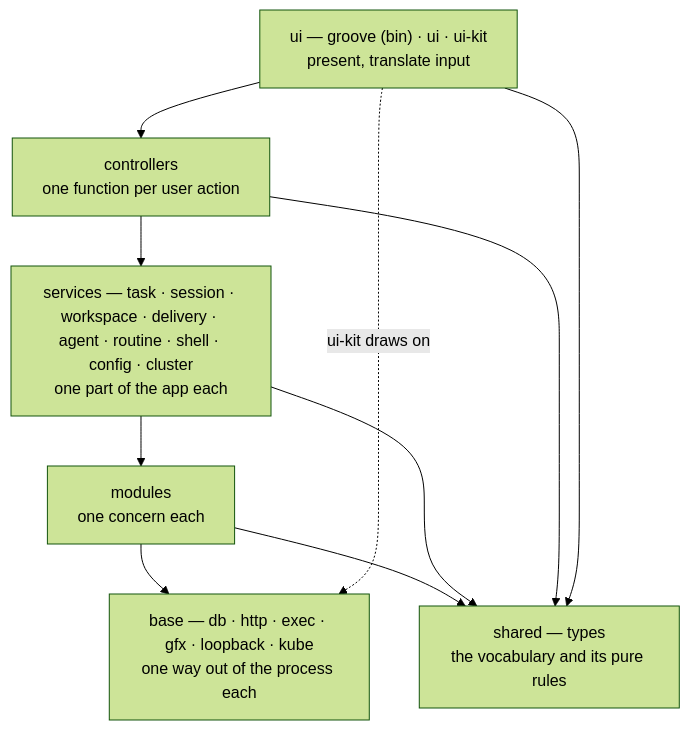
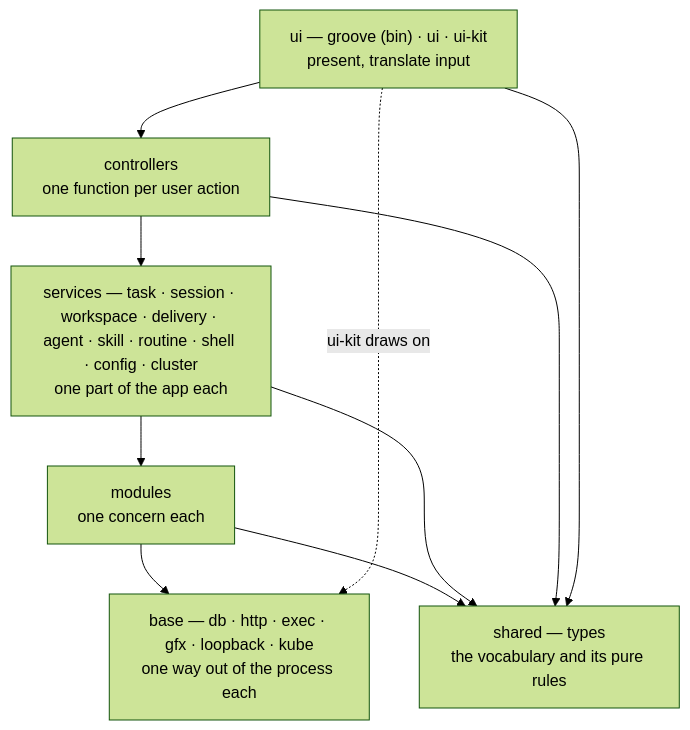
The first of 2 diagrams in docs/architecture.md (haoov/groove), drawn with Mermaid (forest theme) before and after one commit. The commit also changed 29 other files, not shown here.

````diff
--- a/docs/architecture.md
+++ b/docs/architecture.md
@@ -9,15 +9,15 @@
 ```mermaid
 flowchart TD
     ui["ui — groove (bin) · ui · ui-kit<br/>present, translate input"]
     controllers["controllers<br/>one function per user action"]
-    services["services — task · session · workspace · delivery · agent · routine · shell · config · cluster<br/>one part of the app each"]
+    services["services — task · session · workspace · delivery · agent · skill · routine · shell · config · cluster<br/>one part of the app each"]
     modules["modules<br/>one concern each"]
     base["base — db · http · exec · gfx · loopback · kube<br/>one way out of the process each"]
     shared["shared — types<br/>the vocabulary and its pure rules"]
     ui --> controllers --> services --> modules --> base
     ui -. "ui-kit draws on" .-> base
     modules --> shared
     services --> shared
     controllers --> shared
     ui --> shared
 ```
````
